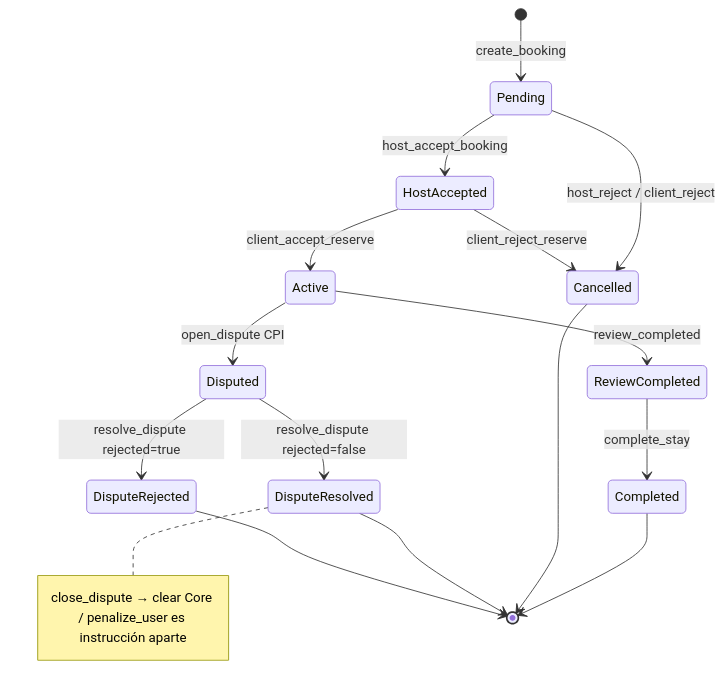
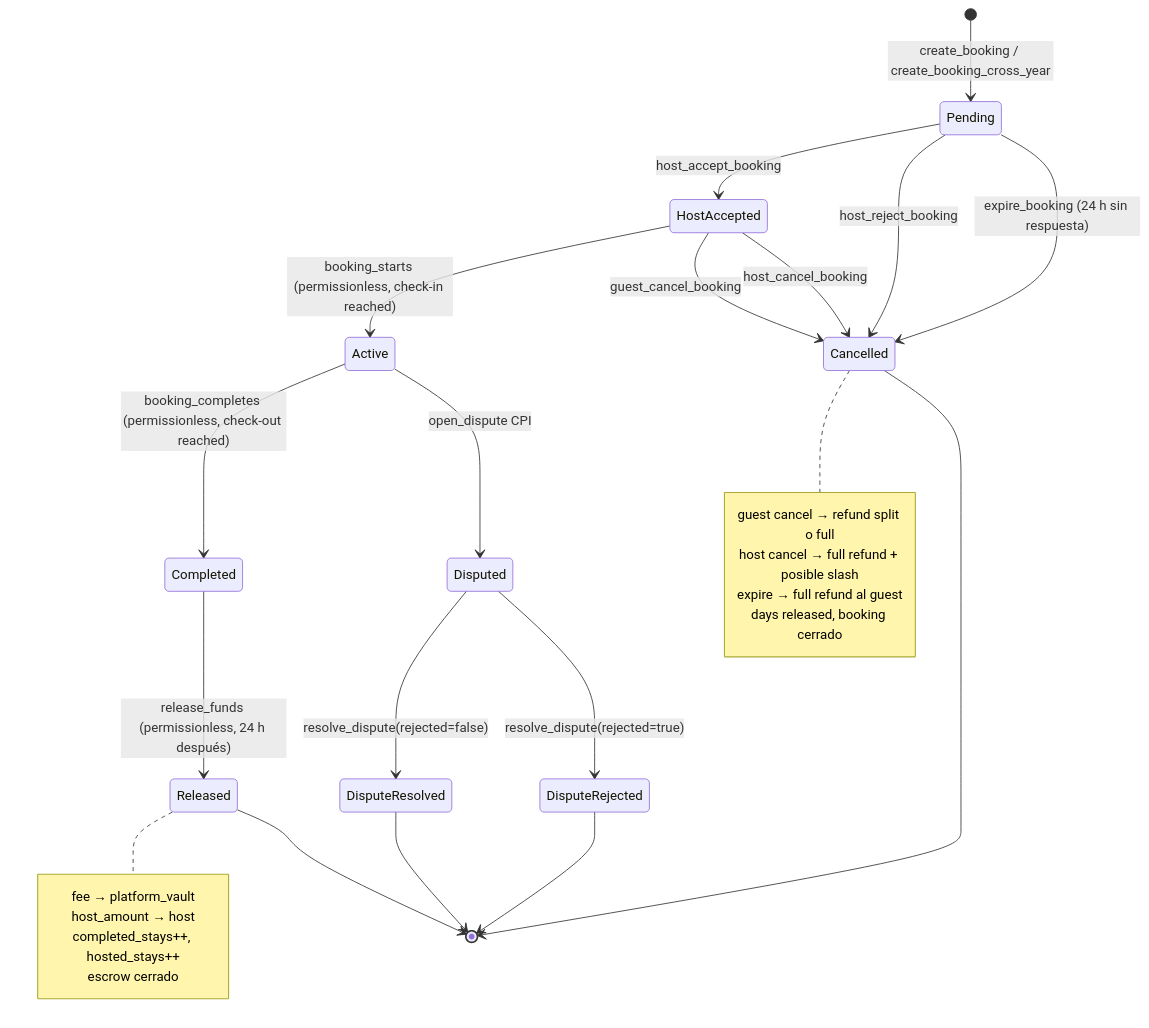
The second of 7 diagrams in docs/stayke-flow-diagram.md (GestLabs2-0/stayke-contracts), drawn with Mermaid before and after one commit. The commit also changed other lines of this file and 30 other files, not shown here.

````diff
--- a/docs/stayke-flow-diagram.md
+++ b/docs/stayke-flow-diagram.md
@@ -69,18 +77,28 @@
 ```mermaid
 stateDiagram-v2
-    [*] --> Pending: create_booking
+    [*] --> Pending: create_booking / create_booking_cross_year
+
     Pending --> HostAccepted: host_accept_booking
-    Pending --> Cancelled: host_reject / client_reject
-    HostAccepted --> Active: client_accept_reserve
-    HostAccepted --> Cancelled: client_reject_reserve
-    Active --> ReviewCompleted: review_completed
+    Pending --> Cancelled: host_reject_booking
+    Pending --> Cancelled: expire_booking (24 h sin respuesta)
+
+    HostAccepted --> Active: booking_starts (permissionless, check-in reached)
+    HostAccepted --> Cancelled: guest_cancel_booking
+    HostAccepted --> Cancelled: host_cancel_booking
+
+    Active --> Completed: booking_completes (permissionless, check-out reached)
     Active --> Disputed: open_dispute CPI
-    ReviewCompleted --> Completed: complete_stay
-    Disputed --> DisputeResolved: resolve_dispute rejected=false
-    Disputed --> DisputeRejected: resolve_dispute rejected=true
-    note right of DisputeResolved : close_dispute → clear Core / penalize_user es instrucción aparte
-    Completed --> [*]
+
+    Completed --> Released: release_funds (permissionless, 24 h después)
+
+    Disputed --> DisputeResolved: resolve_dispute(rejected=false)
+    Disputed --> DisputeRejected: resolve_dispute(rejected=true)
+
+    note right of Released : fee → platform_vault<br/>host_amount → host<br/>completed_stays++, hosted_stays++<br/>escrow cerrado
+    note right of Cancelled : guest cancel → refund split o full<br/>host cancel → full refund + posible slash<br/>expire → full refund al guest<br/>days released, booking cerrado
+
+    Released --> [*]
     Cancelled --> [*]
     DisputeResolved --> [*]
     DisputeRejected --> [*]
 ```
````
